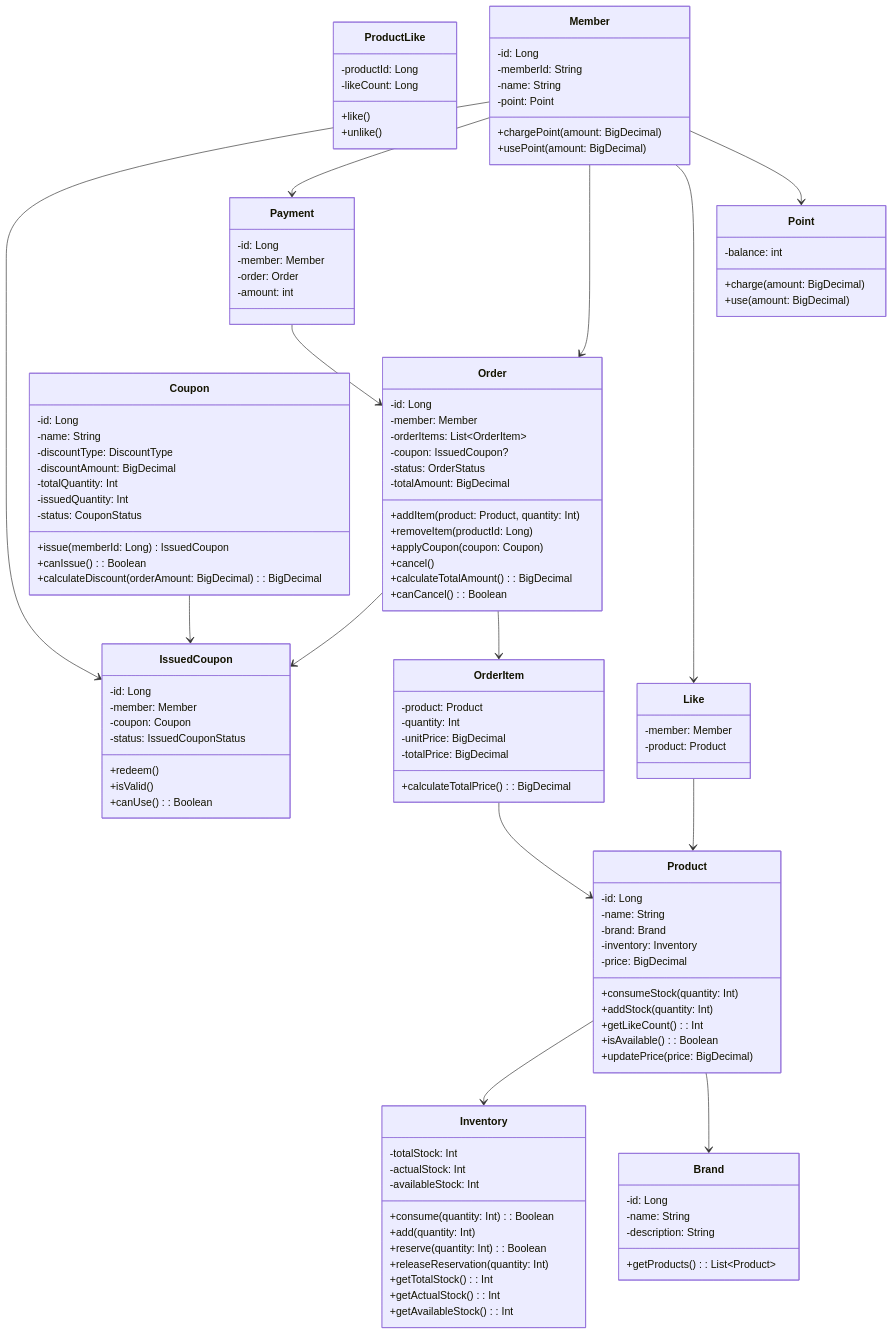
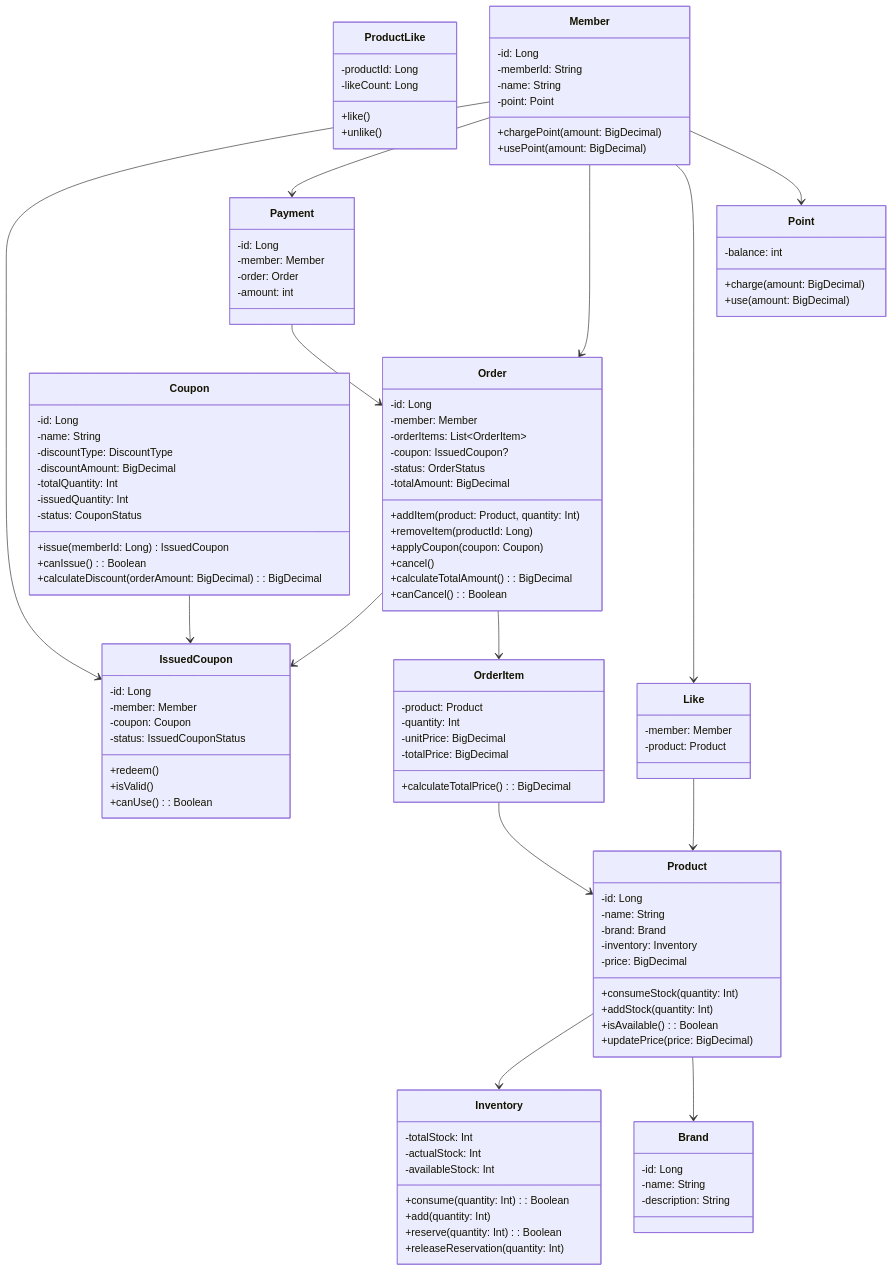
One commit to o3ozzvb/kotlin-ecommerce changed the diagram in docs/design/03-class-diagrams.md. Above: the diagram before and after it, drawn with Mermaid.

Commit message:
docs: 클래스다이어그램 수정  - get 함수 생략

```diff
--- a/docs/design/03-class-diagrams.md
+++ b/docs/design/03-class-diagrams.md
@@ -9,7 +9,6 @@
     -price: BigDecimal
     +consumeStock(quantity: Int)
     +addStock(quantity: Int)
-    +getLikeCount(): Int
     +isAvailable(): Boolean
     +updatePrice(price: BigDecimal)
   }
@@ -27,15 +26,11 @@
 	  +add(quantity: Int)
 	  +reserve(quantity: Int): Boolean
 	  +releaseReservation(quantity: Int)
-		+getTotalStock(): Int
-		+getActualStock(): Int
-	  +getAvailableStock(): Int
   }
   class Brand {
     -id: Long 
     -name: String
     -description: String
-    +getProducts(): List~Product~
   }
   class Like {
     -member: Member 
```
